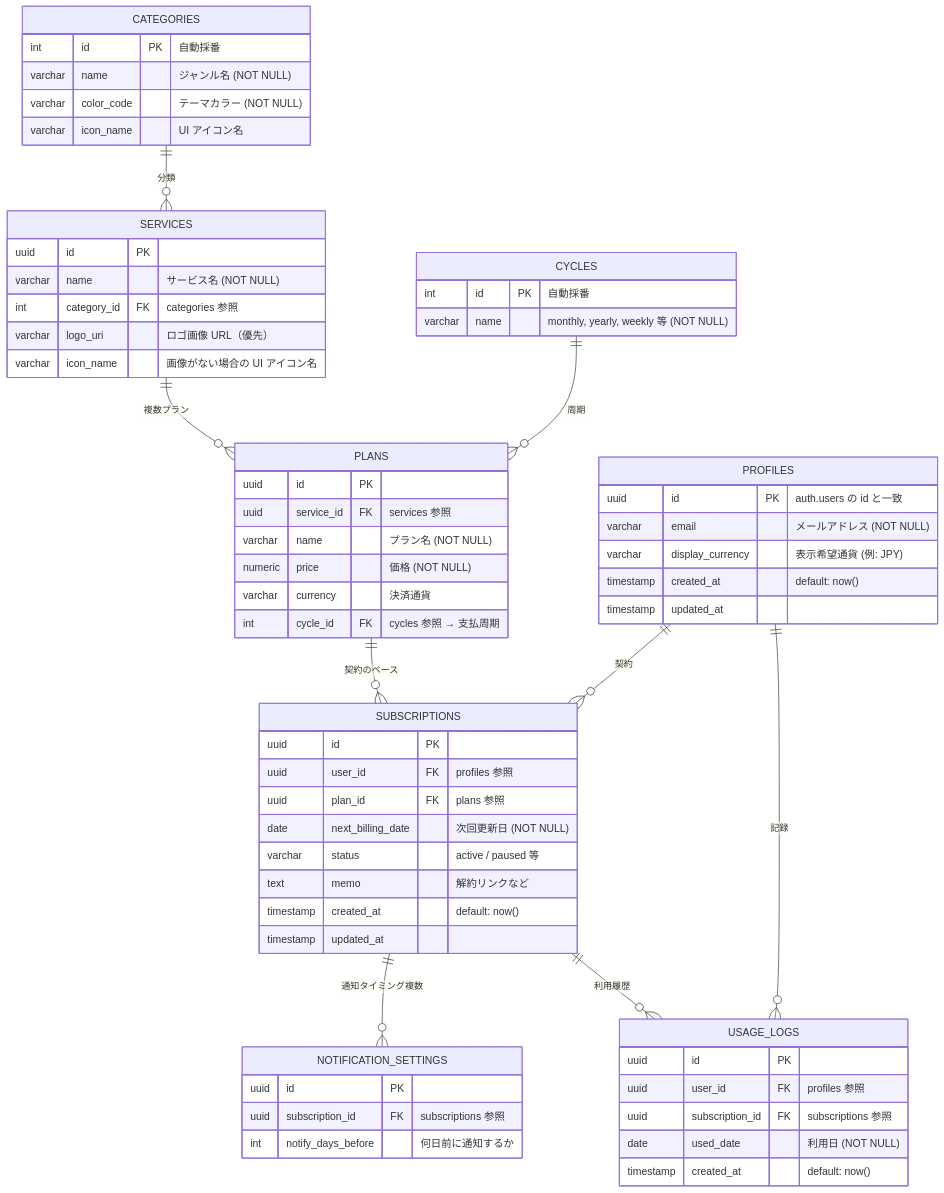
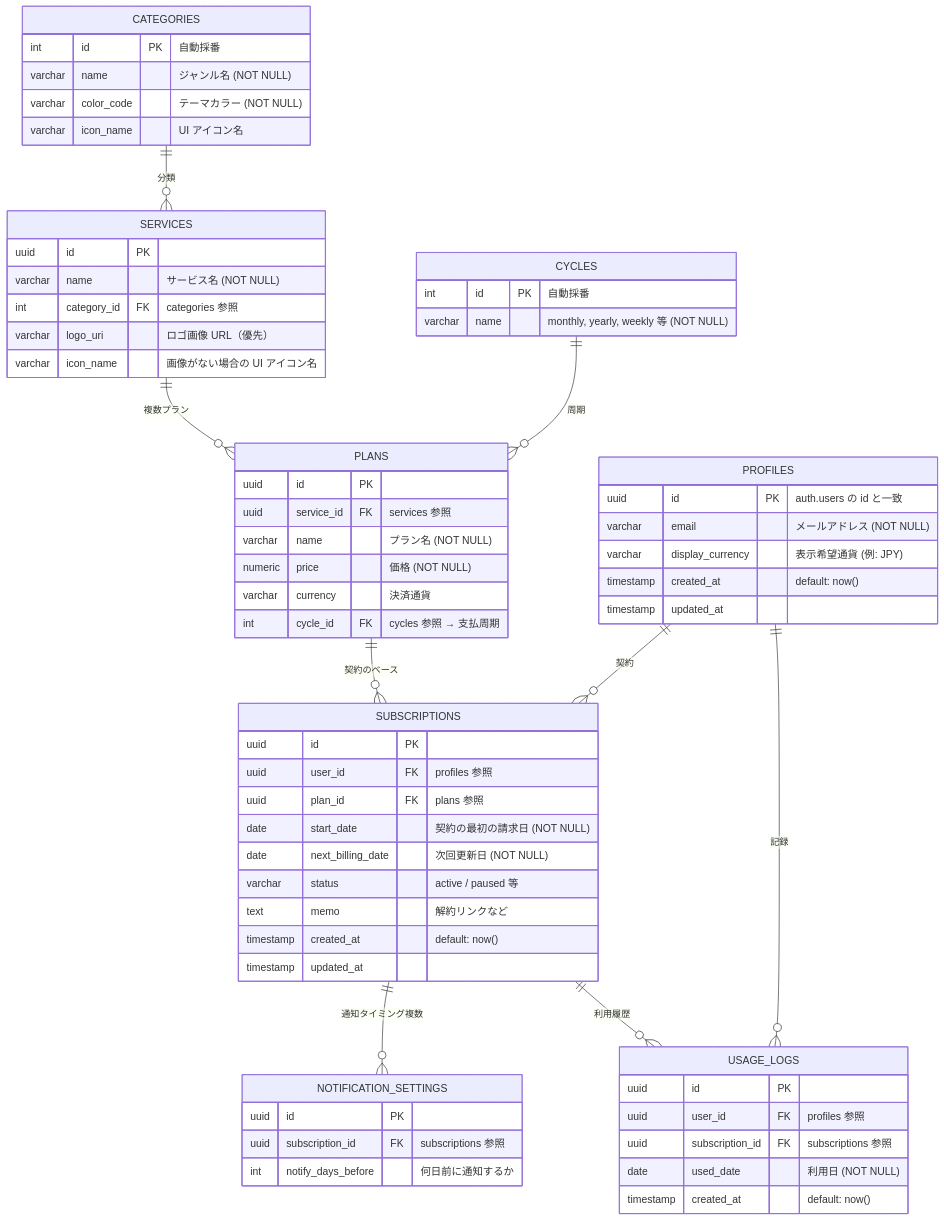
One commit to junpei0315/SubTrack changed the diagram in docs/DATABASE_DESIGN.md. Above: the diagram before and after it, drawn with Mermaid. The commit also changed other lines of this file and 14 other files, not shown here.

Commit message:
add: 請求情報コンポーネントと Supabase 連携、start_date マイグレーションを追加

````diff
--- a/docs/DATABASE_DESIGN.md
+++ b/docs/DATABASE_DESIGN.md
@@ -25,73 +25,74 @@
 ```mermaid
 erDiagram
     PROFILES {
         uuid id PK "auth.users の id と一致"
         varchar email "メールアドレス (NOT NULL)"
         varchar display_currency "表示希望通貨 (例: JPY)"
         timestamp created_at "default: now()"
         timestamp updated_at
     }
 
     CATEGORIES {
         int id PK "自動採番"
         varchar name "ジャンル名 (NOT NULL)"
         varchar color_code "テーマカラー (NOT NULL)"
         varchar icon_name "UI アイコン名"
     }
 
     CYCLES {
         int id PK "自動採番"
         varchar name "monthly, yearly, weekly 等 (NOT NULL)"
     }
 
     SERVICES {
         uuid id PK
         varchar name "サービス名 (NOT NULL)"
         int category_id FK "categories 参照"
         varchar logo_uri "ロゴ画像 URL（優先）"
         varchar icon_name "画像がない場合の UI アイコン名"
     }
 
     PLANS {
         uuid id PK
         uuid service_id FK "services 参照"
         varchar name "プラン名 (NOT NULL)"
         numeric price "価格 (NOT NULL)"
         varchar currency "決済通貨"
         int cycle_id FK "cycles 参照 → 支払周期"
     }
 
     SUBSCRIPTIONS {
         uuid id PK
         uuid user_id FK "profiles 参照"
         uuid plan_id FK "plans 参照"
+        date start_date "契約の最初の請求日 (NOT NULL)"
         date next_billing_date "次回更新日 (NOT NULL)"
         varchar status "active / paused 等"
         text memo "解約リンクなど"
         timestamp created_at "default: now()"
         timestamp updated_at
     }
 
     NOTIFICATION_SETTINGS {
         uuid id PK
         uuid subscription_id FK "subscriptions 参照"
         int notify_days_before "何日前に通知するか"
     }
 
     USAGE_LOGS {
         uuid id PK
         uuid user_id FK "profiles 参照"
         uuid subscription_id FK "subscriptions 参照"
         date used_date "利用日 (NOT NULL)"
         timestamp created_at "default: now()"
     }
 
     PROFILES ||--o{ SUBSCRIPTIONS : "契約"
     PROFILES ||--o{ USAGE_LOGS : "記録"
     CATEGORIES ||--o{ SERVICES : "分類"
     CYCLES ||--o{ PLANS : "周期"
     SERVICES ||--o{ PLANS : "複数プラン"
     PLANS ||--o{ SUBSCRIPTIONS : "契約のベース"
     SUBSCRIPTIONS ||--o{ NOTIFICATION_SETTINGS : "通知タイミング複数"
     SUBSCRIPTIONS ||--o{ USAGE_LOGS : "利用履歴"
 ```
````
